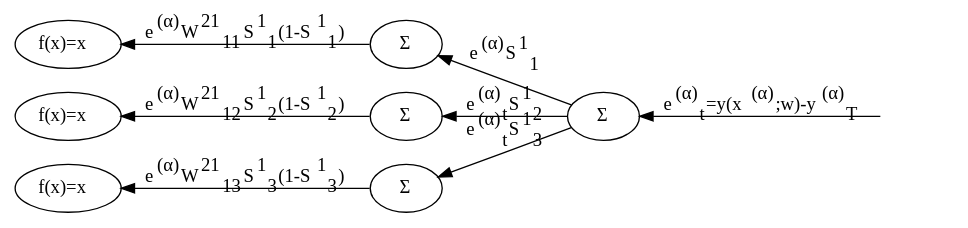
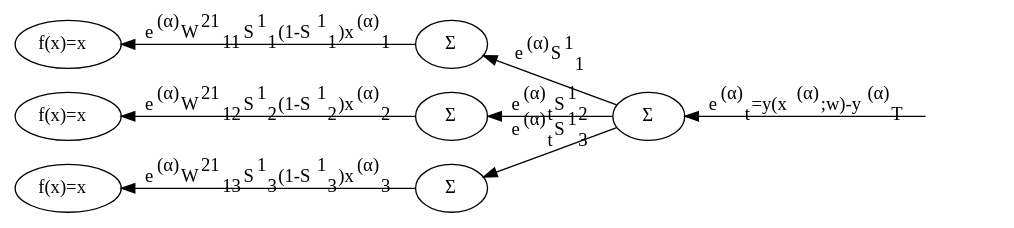
The diagram in MachineIntelligence/e3/e3-2bp.dot (CFWLoader/supreme-bassoon), drawn with Graphviz before and after one commit.

```diff
--- a/MachineIntelligence/e3/e3-2bp.dot
+++ b/MachineIntelligence/e3/e3-2bp.dot
@@ -1,25 +1,25 @@
 digraph{
     rankdir=<RL>
     splines=<line>
     node[color=<white>]
     finalout[label=< >]
     
     node[color=<black>] 
     input01[label=<f(x)=x>] 
     input02[label=<f(x)=x>] 
     input03[label=<f(x)=x>]
 
     input11[label=<&Sigma;>] 
     input12[label=<&Sigma;>] 
     input13[label=<&Sigma;>]
 
     output[label=<&Sigma;>]
 
-    input11 -> input01 [label=<e<sup>(&alpha;)</sup>W<sup>21</sup><sub>11</sub>S<sup>1</sup><sub>1</sub>(1-S<sup>1</sup><sub>1</sub>)>]
-    input12 -> input02 [label=<e<sup>(&alpha;)</sup>W<sup>21</sup><sub>12</sub>S<sup>1</sup><sub>2</sub>(1-S<sup>1</sup><sub>2</sub>)>]
-    input13 -> input03 [label=<e<sup>(&alpha;)</sup>W<sup>21</sup><sub>13</sub>S<sup>1</sup><sub>3</sub>(1-S<sup>1</sup><sub>3</sub>)>]
+    input11 -> input01 [label=<e<sup>(&alpha;)</sup>W<sup>21</sup><sub>11</sub>S<sup>1</sup><sub>1</sub>(1-S<sup>1</sup><sub>1</sub>)x<sup>(&alpha;)</sup><sub>1</sub>>]
+    input12 -> input02 [label=<e<sup>(&alpha;)</sup>W<sup>21</sup><sub>12</sub>S<sup>1</sup><sub>2</sub>(1-S<sup>1</sup><sub>2</sub>)x<sup>(&alpha;)</sup><sub>2</sub>>]
+    input13 -> input03 [label=<e<sup>(&alpha;)</sup>W<sup>21</sup><sub>13</sub>S<sup>1</sup><sub>3</sub>(1-S<sup>1</sup><sub>3</sub>)x<sup>(&alpha;)</sup><sub>3</sub>>]
     output -> input11 [label=<e<sup>(&alpha;)</sup>S<sup>1</sup><sub>1</sub>>]
     output -> input12 [label=<e<sup>(&alpha;)</sup><sub>t</sub>S<sup>1</sup><sub>2</sub>>]
     output -> input13 [label=<e<sup>(&alpha;)</sup><sub>t</sub>S<sup>1</sup><sub>3</sub>>]
     finalout -> output [label=<e<sup>(&alpha;)</sup><sub>t</sub>=y(x<sup>(&alpha;)</sup>;w)-y<sup>(&alpha;)</sup><sub>T</sub>>]
 }
```
